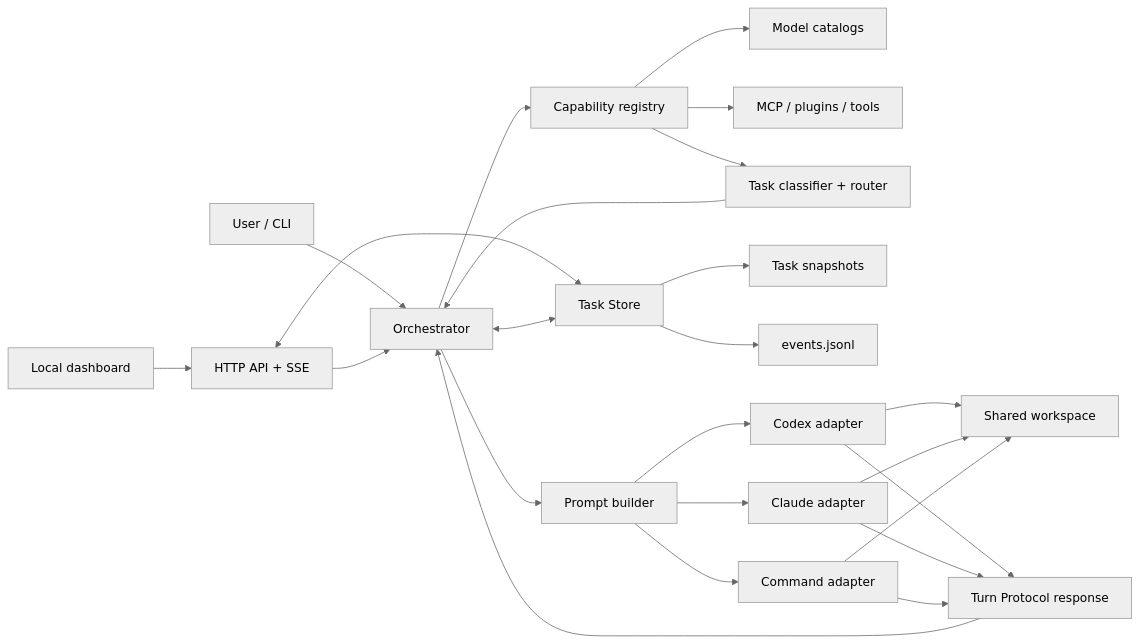
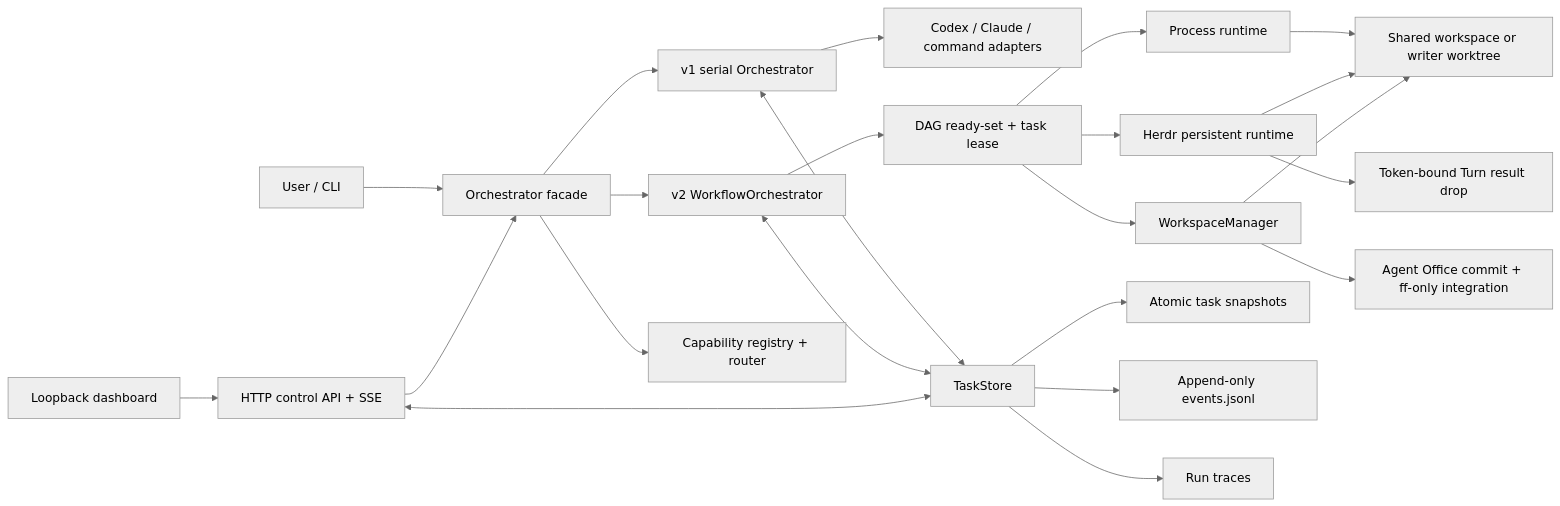
The diagram in docs/architecture.md (xxxxxthhh/agent-office), drawn with Mermaid (neutral theme) before and after one commit. The commit also changed other lines of this file and 5 other files, not shown here.

Commit message:
docs: document Herdr workflow operations

````diff
--- a/docs/architecture.md
+++ b/docs/architecture.md
@@ -15,26 +23,29 @@
 ```mermaid
 flowchart LR
-    U["User / CLI"] --> O["Orchestrator"]
-    D["Local dashboard"] --> H["HTTP API + SSE"]
+    U["User / CLI"] --> O["Orchestrator facade"]
+    D["Loopback dashboard"] --> H["HTTP control API + SSE"]
     H --> O
+
+    O --> L["v1 serial Orchestrator"]
+    O --> F["v2 WorkflowOrchestrator"]
+    O --> K["Capability registry + router"]
+
+    L --> A["Codex / Claude / command adapters"]
+    F --> G["DAG ready-set + task lease"]
+    G --> PR["Process runtime"]
+    G --> HR["Herdr persistent runtime"]
+    G --> WM["WorkspaceManager"]
+
+    PR --> W["Shared workspace or writer worktree"]
+    HR --> W
+    HR --> T["Token-bound Turn result drop"]
+    WM --> W
+    WM --> I["Agent Office commit + ff-only integration"]
+
+    L <--> S["TaskStore"]
+    F <--> S
     H <--> S
-    O --> K["Capability registry"]
-    K --> M["Model catalogs"]
-    K --> T["MCP / plugins / tools"]
-    K --> Q["Task classifier + router"]
-    Q --> O
-    O <--> S["Task Store"]
-    S --> J["Task snapshots"]
-    S --> E["events.jsonl"]
-    O --> P["Prompt builder"]
-    P --> C["Codex adapter"]
-    P --> A["Claude adapter"]
-    P --> X["Command adapter"]
-    C --> W["Shared workspace"]
-    A --> W
-    X --> W
-    C --> R["Turn Protocol response"]
-    A --> R
-    X --> R
-    R --> O
+    S --> J["Atomic task snapshots"]
+    S --> E["Append-only events.jsonl"]
+    S --> R["Run traces"]
 ```
````
